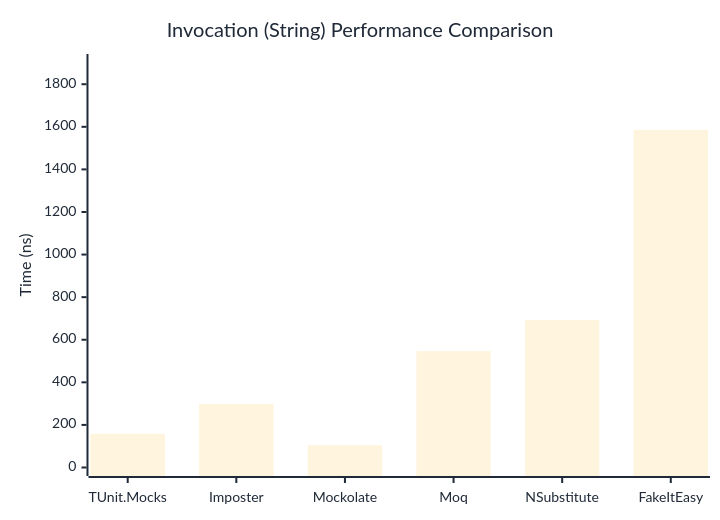
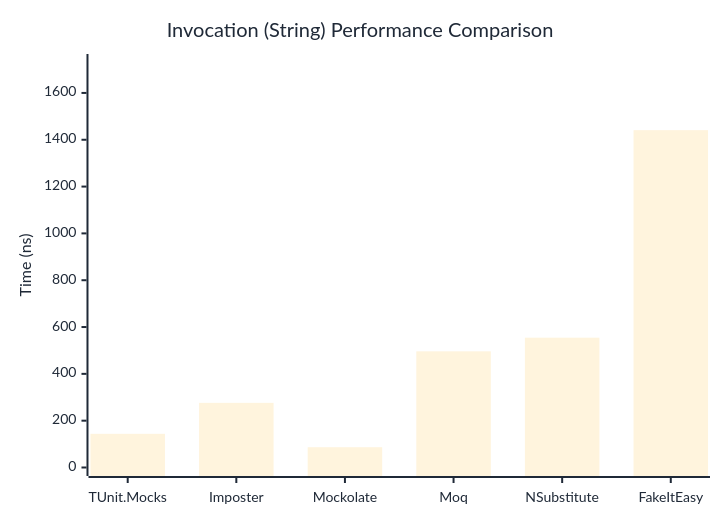
One commit to thomhurst/TUnit changed the second of 3 diagrams in docs/docs/benchmarks/mocks/Invocation.md. Above: the diagram before and after it, drawn with Mermaid. The commit also changed other lines of this file and 14 other files, not shown here.

````diff
--- a/docs/docs/benchmarks/mocks/Invocation.md
+++ b/docs/docs/benchmarks/mocks/Invocation.md
@@ -69,27 +69,27 @@
 ```mermaid
 %%{init: {
   'theme':'base',
   'themeVariables': {
     'primaryColor': '#2563eb',
     'primaryTextColor': '#1f2937',
     'primaryBorderColor': '#1e40af',
     'lineColor': '#6b7280',
     'secondaryColor': '#7c3aed',
     'tertiaryColor': '#dc2626',
     'background': '#ffffff',
     'pie1': '#2563eb',
     'pie2': '#7c3aed',
     'pie3': '#dc2626',
     'pie4': '#f59e0b',
     'pie5': '#10b981',
     'pie6': '#06b6d4',
     'pie7': '#ec4899',
     'pie8': '#6366f1'
   }
 }}%%
 xychart-beta
   title "Invocation (String) Performance Comparison"
   x-axis ["TUnit.Mocks", "Imposter", "Mockolate", "Moq", "NSubstitute", "FakeItEasy"]
-  y-axis "Time (ns)" 0 --> 1902
-  bar [158.3, 298.9, 104.9, 546.4, 693.2, 1585]
+  y-axis "Time (ns)" 0 --> 1730
+  bar [143.92, 276.18, 86.59, 496.26, 554.51, 1440.96]
 ```
````
